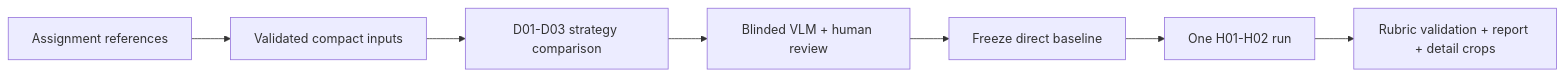
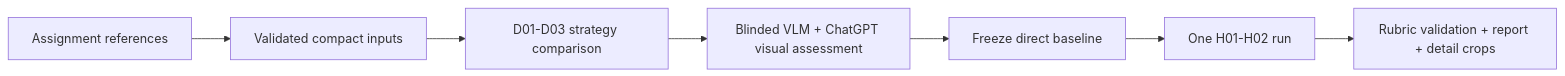
One commit to komaksym/weon-assignment changed the diagram in README.md. Above: the diagram before and after it, drawn with Mermaid. The commit also changed other lines of this file and 18 other files, not shown here.

First line of the commit message:
fix: clarify visual-assessment provenance

````diff
--- a/README.md
+++ b/README.md
@@ -20,9 +22,9 @@
 ```mermaid
 flowchart LR
     A[Assignment references] --> B[Validated compact inputs]
     B --> C[D01-D03 strategy comparison]
-    C --> D[Blinded VLM + human review]
+    C --> D[Blinded VLM + ChatGPT visual assessment]
     D --> E[Freeze direct baseline]
     E --> F[One H01-H02 run]
     F --> G[Rubric validation + report + detail crops]
 ```
````
